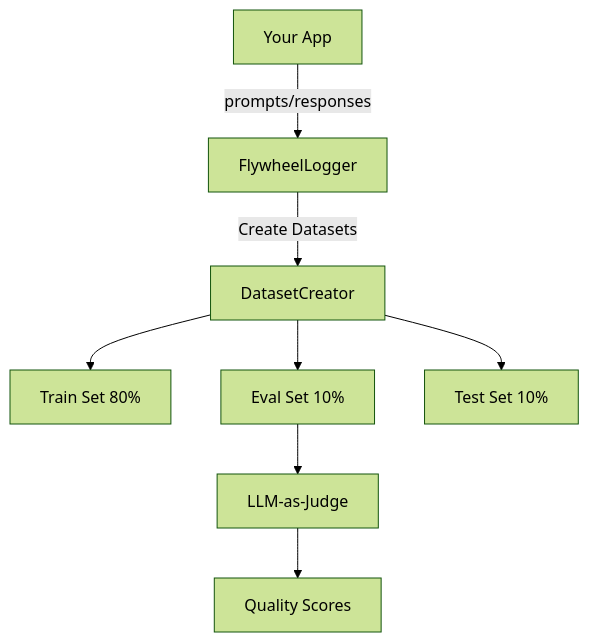
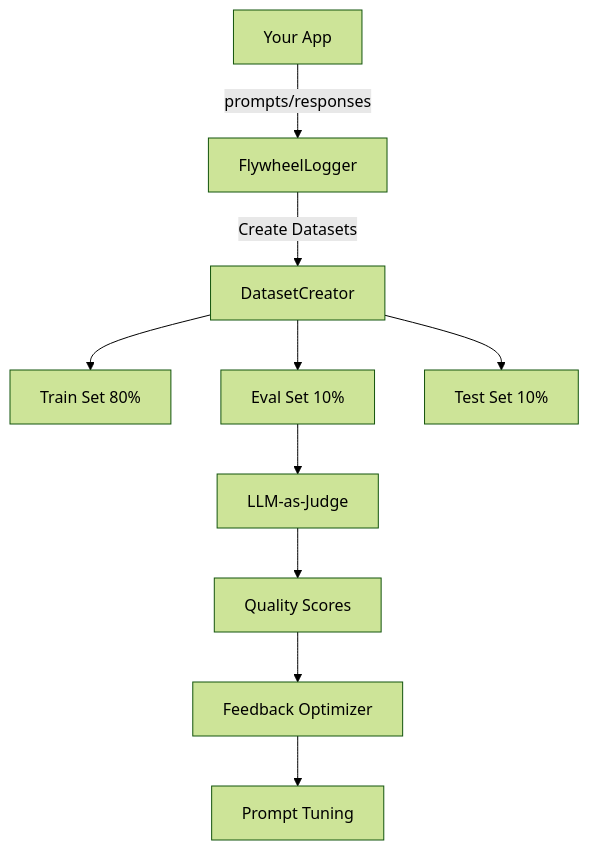
Before and after one commit to caser-legal/nvidia-cli: the second of 2 diagrams in README.md, drawn with Mermaid (forest theme). The commit also changed other lines of this file and 12 other files, not shown here.

````diff
--- a/README.md
+++ b/README.md
@@ -136,10 +134,12 @@
 ```mermaid
 flowchart TD
     app[Your App] --prompts/responses--> logs[FlywheelLogger]
     logs --Create Datasets--> creator[DatasetCreator]
     creator --> train[Train Set 80%]
     creator --> eval[Eval Set 10%]
     creator --> test[Test Set 10%]
     eval --> judge[LLM-as-Judge]
     judge --> scores[Quality Scores]
+    scores --> optimizer[Feedback Optimizer]
+    optimizer --> prompt[Prompt Tuning]
 ```
````
